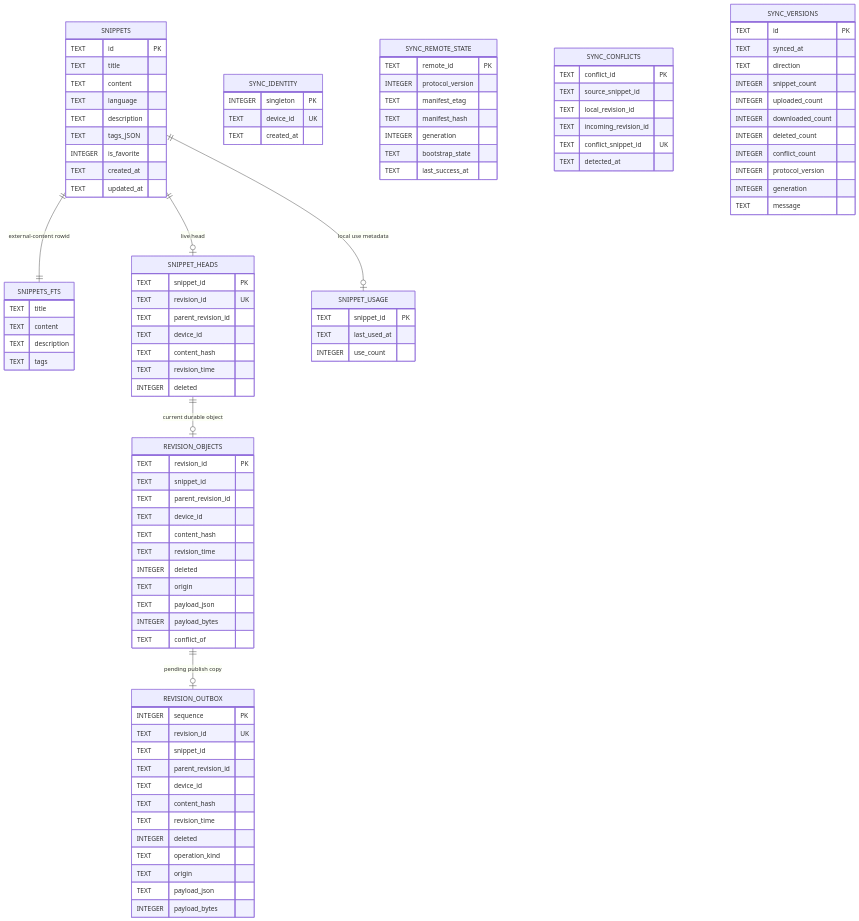
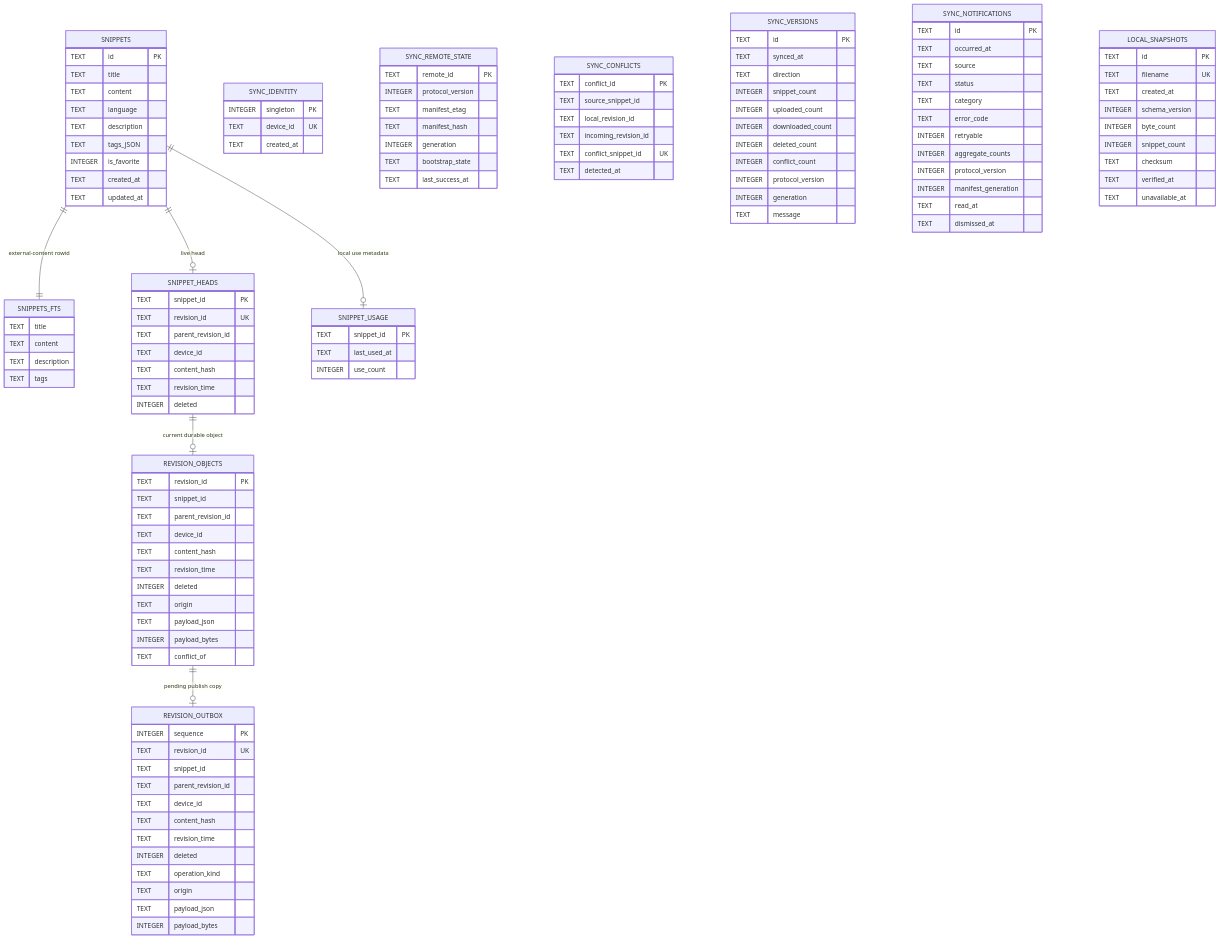
The fifth of 7 diagrams in docs/architecture.md (rainerosion/snipvault), drawn with Mermaid before and after one commit. The commit also changed other lines of this file and 50 other files, not shown here.

````diff
--- a/docs/architecture.md
+++ b/docs/architecture.md
@@ -588,4 +641,31 @@
         INTEGER generation
         TEXT message
     }
+
+    SYNC_NOTIFICATIONS {
+        TEXT id PK
+        TEXT occurred_at
+        TEXT source
+        TEXT status
+        TEXT category
+        TEXT error_code
+        INTEGER retryable
+        INTEGER aggregate_counts
+        INTEGER protocol_version
+        INTEGER manifest_generation
+        TEXT read_at
+        TEXT dismissed_at
+    }
+
+    LOCAL_SNAPSHOTS {
+        TEXT id PK
+        TEXT filename UK
+        TEXT created_at
+        INTEGER schema_version
+        INTEGER byte_count
+        INTEGER snippet_count
+        TEXT checksum
+        TEXT verified_at
+        TEXT unavailable_at
+    }
 ```
````
